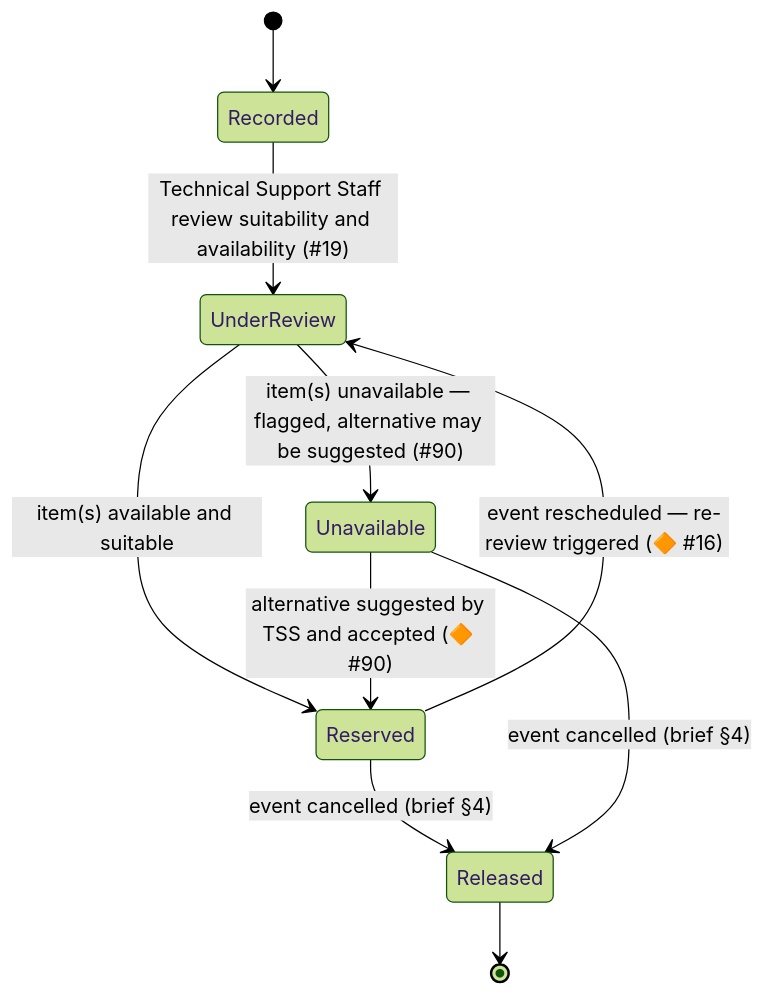
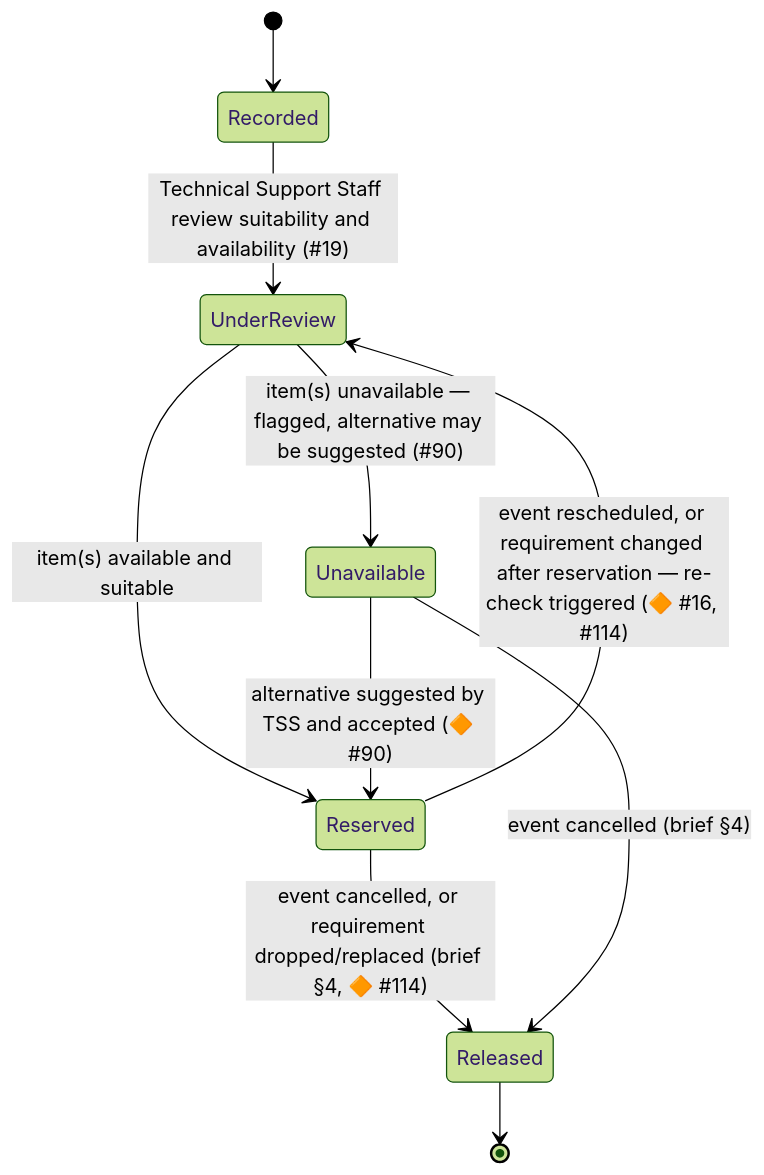
One commit to SPM-T6-Pygmies/spm-212-t6-brain changed the diagram in wiki/domain/equipment-reservation.md. Above: the diagram before and after it, drawn with Mermaid (forest theme). The commit also changed other lines of this file and 42 other files, not shown here.

````diff
--- a/wiki/domain/equipment-reservation.md
+++ b/wiki/domain/equipment-reservation.md
@@ -33,12 +37,12 @@
 ```mermaid
 stateDiagram-v2
     [*] --> Recorded
     Recorded --> UnderReview : Technical Support Staff review suitability and availability (#19)
     UnderReview --> Reserved : item(s) available and suitable
     UnderReview --> Unavailable : item(s) unavailable — flagged, alternative may be suggested (#90)
     Unavailable --> Reserved : alternative suggested by TSS and accepted (🔶 #90)
-    Reserved --> UnderReview : event rescheduled — re-review triggered (🔶 #16)
-    Reserved --> Released : event cancelled (brief §4)
+    Reserved --> UnderReview : event rescheduled, or requirement changed after reservation — re-check triggered (🔶 #16, #114)
+    Reserved --> Released : event cancelled, or requirement dropped/replaced (brief §4, 🔶 #114)
     Unavailable --> Released : event cancelled (brief §4)
     Released --> [*]
 ```
````
